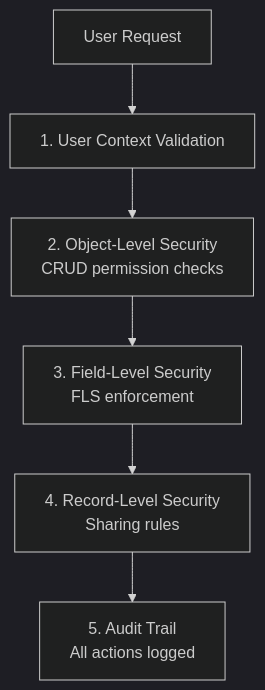
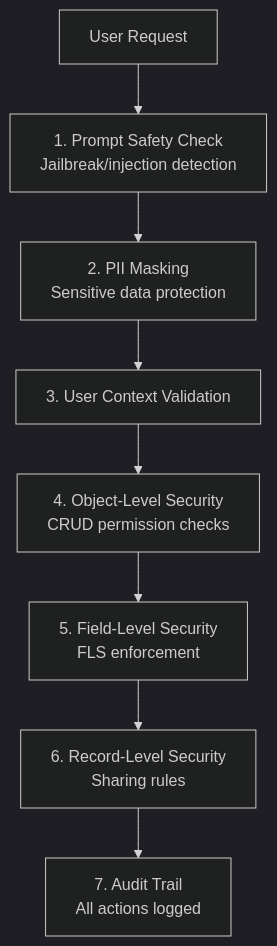
The first of 2 diagrams in docs/security.md (iamsonal/aiAgentStudio), drawn with Mermaid (dark theme) before and after one commit. The commit also changed other lines of this file and 80 other files, not shown here.

Commit message:
PII masking and jailbreak protection

````diff
--- a/docs/security.md
+++ b/docs/security.md
@@ -26,8 +26,10 @@
 ```mermaid
 flowchart TB
-    A[User Request] --> B[1. User Context Validation]
-    B --> C[2. Object-Level Security<br/>CRUD permission checks]
-    C --> D[3. Field-Level Security<br/>FLS enforcement]
-    D --> E[4. Record-Level Security<br/>Sharing rules]
-    E --> F[5. Audit Trail<br/>All actions logged]
+    A[User Request] --> B[1. Prompt Safety Check<br/>Jailbreak/injection detection]
+    B --> C[2. PII Masking<br/>Sensitive data protection]
+    C --> D[3. User Context Validation]
+    D --> E[4. Object-Level Security<br/>CRUD permission checks]
+    E --> F[5. Field-Level Security<br/>FLS enforcement]
+    F --> G[6. Record-Level Security<br/>Sharing rules]
+    G --> H[7. Audit Trail<br/>All actions logged]
 ```
````
